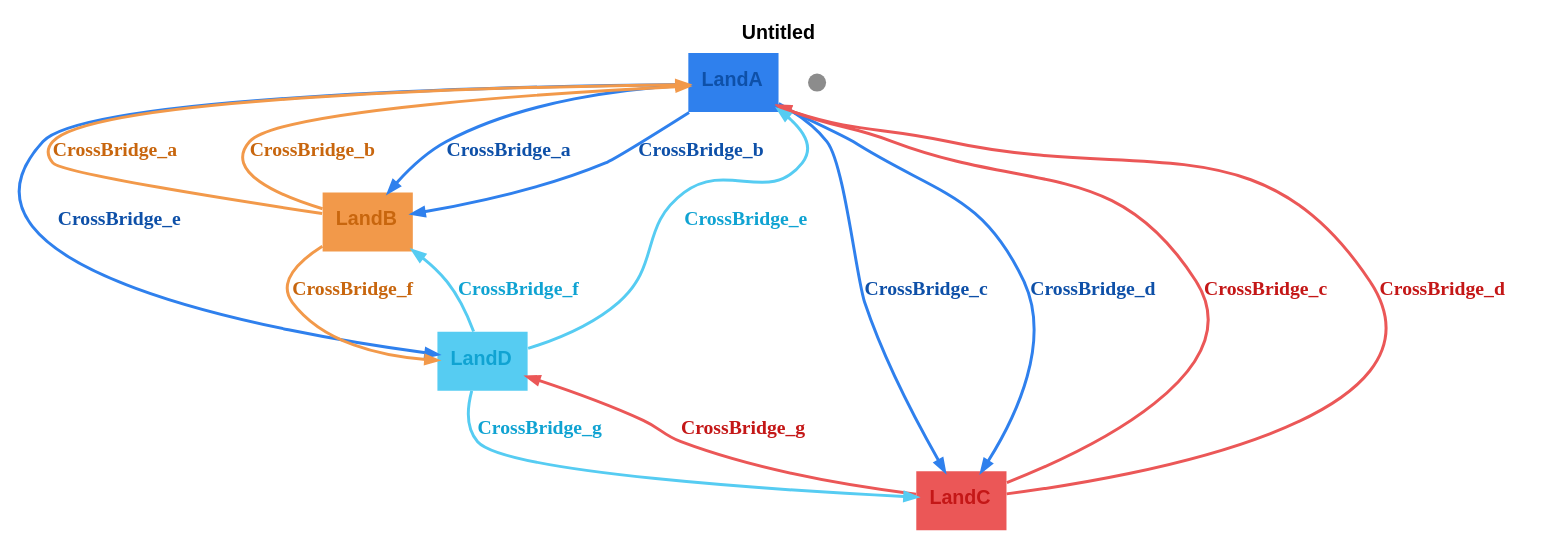
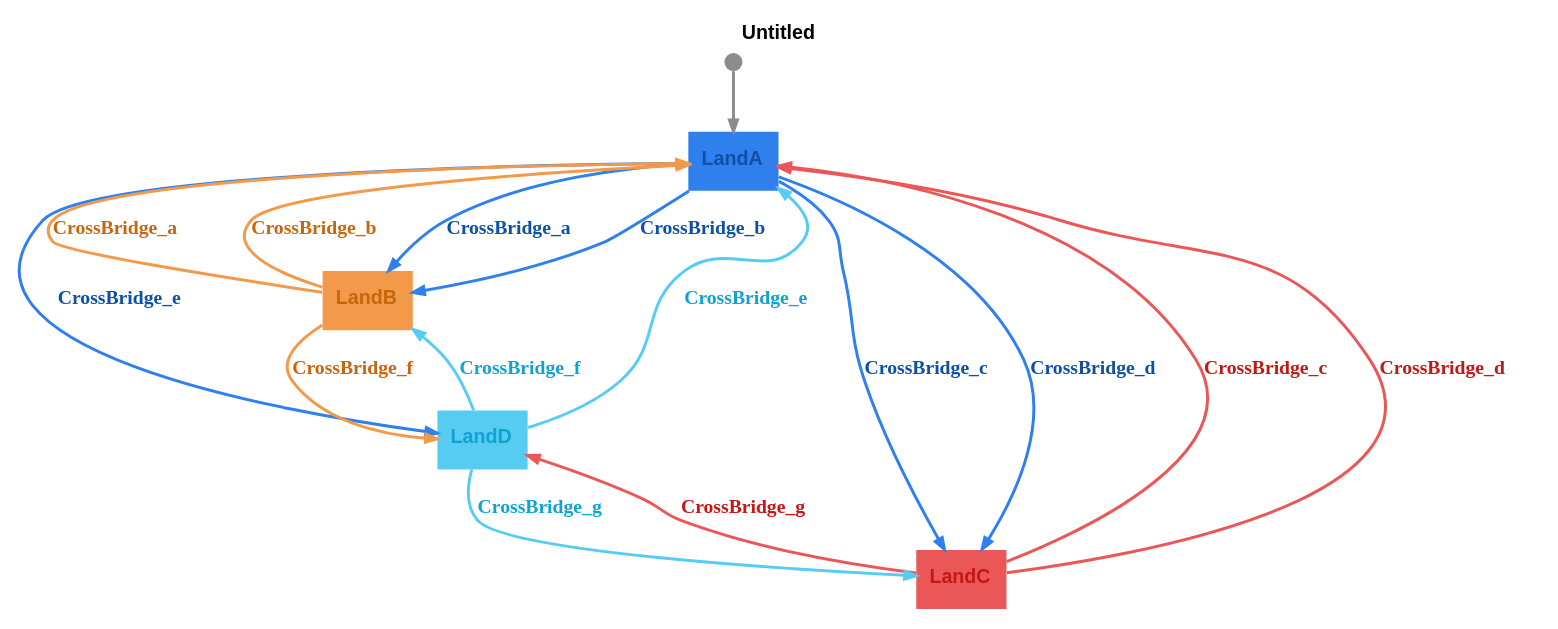
One commit to m-bock/purescript-transit changed the diagram in graphs/bridges-koenigsberg.dot. Above: the diagram before and after it, drawn with Graphviz. The commit also changed 12 other files, not shown here.

Commit message:
Enhance door state graphs by adding decision nodes for unlocking scenarios. Update DOT and SVG representations for Door with Alarm, Door with Lock, and Door with Pin to reflect new decision structures and improve visualization of state transitions. Ensure consistent state management across examples.

```diff
--- a/graphs/bridges-koenigsberg.dot
+++ b/graphs/bridges-koenigsberg.dot
@@ -1,23 +1,24 @@
 digraph 
 {
 rankdir = "TD";fontname = "Arial";label = <<b>Untitled</b>>;labelloc = "t";fontsize = 12
 LandA [shape = "box", label = <<b>LandA</b>>, fontsize = 12, style = "filled", fillcolor = "#2f80ed", fontcolor = "#0e50a8", fontname = "Arial", labelloc = "c", penwidth = 0.0]
 __Start__ [shape = "circle", label = "", width = 0.15, height = 0.15, fixedsize = true, style = "filled", fillcolor = "#8c8c8c", penwidth = 0.0]
+__Start__ -> LandA [color = "#8c8c8c", fontsize = 12, arrowsize = "0.7", penwidth = 1.8]
 LandA -> LandB [color = "#2f80ed", fontcolor = "#0e50a8", fontsize = 12, arrowsize = "0.7", label = <<b>CrossBridge_a</b>>, penwidth = 1.8]
 LandA -> LandB [color = "#2f80ed", fontcolor = "#0e50a8", fontsize = 12, arrowsize = "0.7", label = <<b>CrossBridge_b</b>>, penwidth = 1.8]
 LandA -> LandC [color = "#2f80ed", fontcolor = "#0e50a8", fontsize = 12, arrowsize = "0.7", label = <<b>CrossBridge_c</b>>, penwidth = 1.8]
 LandA -> LandC [color = "#2f80ed", fontcolor = "#0e50a8", fontsize = 12, arrowsize = "0.7", label = <<b>CrossBridge_d</b>>, penwidth = 1.8]
 LandA -> LandD [color = "#2f80ed", fontcolor = "#0e50a8", fontsize = 12, arrowsize = "0.7", label = <<b>CrossBridge_e</b>>, penwidth = 1.8]
 LandB [shape = "box", label = <<b>LandB</b>>, fontsize = 12, style = "filled", fillcolor = "#f2994a", fontcolor = "#c8660e", fontname = "Arial", labelloc = "c", penwidth = 0.0]
 LandB -> LandA [color = "#f2994a", fontcolor = "#c8660e", fontsize = 12, arrowsize = "0.7", label = <<b>CrossBridge_a</b>>, penwidth = 1.8]
 LandB -> LandA [color = "#f2994a", fontcolor = "#c8660e", fontsize = 12, arrowsize = "0.7", label = <<b>CrossBridge_b</b>>, penwidth = 1.8]
 LandB -> LandD [color = "#f2994a", fontcolor = "#c8660e", fontsize = 12, arrowsize = "0.7", label = <<b>CrossBridge_f</b>>, penwidth = 1.8]
 LandC [shape = "box", label = <<b>LandC</b>>, fontsize = 12, style = "filled", fillcolor = "#eb5757", fontcolor = "#c41717", fontname = "Arial", labelloc = "c", penwidth = 0.0]
 LandC -> LandA [color = "#eb5757", fontcolor = "#c41717", fontsize = 12, arrowsize = "0.7", label = <<b>CrossBridge_c</b>>, penwidth = 1.8]
 LandC -> LandA [color = "#eb5757", fontcolor = "#c41717", fontsize = 12, arrowsize = "0.7", label = <<b>CrossBridge_d</b>>, penwidth = 1.8]
 LandC -> LandD [color = "#eb5757", fontcolor = "#c41717", fontsize = 12, arrowsize = "0.7", label = <<b>CrossBridge_g</b>>, penwidth = 1.8]
 LandD [shape = "box", label = <<b>LandD</b>>, fontsize = 12, style = "filled", fillcolor = "#56ccf2", fontcolor = "#10a3d2", fontname = "Arial", labelloc = "c", penwidth = 0.0]
 LandD -> LandA [color = "#56ccf2", fontcolor = "#10a3d2", fontsize = 12, arrowsize = "0.7", label = <<b>CrossBridge_e</b>>, penwidth = 1.8]
 LandD -> LandB [color = "#56ccf2", fontcolor = "#10a3d2", fontsize = 12, arrowsize = "0.7", label = <<b>CrossBridge_f</b>>, penwidth = 1.8]
 LandD -> LandC [color = "#56ccf2", fontcolor = "#10a3d2", fontsize = 12, arrowsize = "0.7", label = <<b>CrossBridge_g</b>>, penwidth = 1.8]
 }
```
